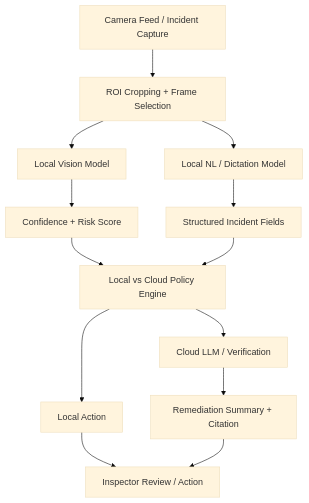
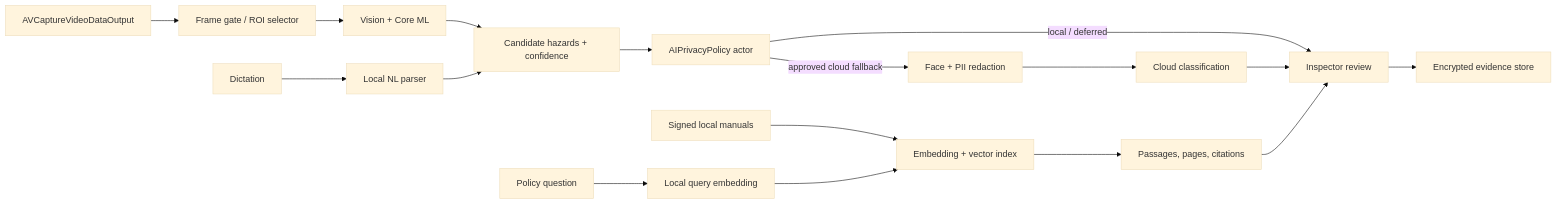
One commit to ArunIOS-ab/SentinelOps changed the first of 2 diagrams in DESIGN.md. Above: the diagram before and after it, drawn with Mermaid (base theme). The commit also changed other lines of this file and 35 other files, not shown here.

````diff
--- a/DESIGN.md
+++ b/DESIGN.md
@@ -9,15 +7,17 @@
 ```mermaid
-flowchart TD
-    Camera[Camera Feed / Incident Capture] --> ROI[ROI Cropping + Frame Selection]
-    ROI --> LocalModel[Local Vision Model]
-    ROI --> NLP[Local NL / Dictation Model]
-    LocalModel --> Score[Confidence + Risk Score]
-    NLP --> Struct[Structured Incident Fields]
-    Score --> Policy[Local vs Cloud Policy Engine]
-    Struct --> Policy
-    Policy --> Local[Local Action]
-    Policy --> Cloud[Cloud LLM / Verification]
-    Cloud --> Summary[Remediation Summary + Citation]
-    Local --> UI[Inspector Review / Action]
-    Summary --> UI
+flowchart LR
+  Camera[AVCaptureVideoDataOutput] --> Gate[Frame gate / ROI selector]
+  Gate --> Vision[Vision + Core ML]
+  Dictation[Dictation] --> NL[Local NL parser]
+  Vision --> Evidence[Candidate hazards + confidence]
+  NL --> Evidence
+  Evidence --> Policy[AIPrivacyPolicy actor]
+  Policy -->|local / deferred| Review[Inspector review]
+  Policy -->|approved cloud fallback| Redact[Face + PII redaction]
+  Redact --> Cloud[Cloud classification]
+  Cloud --> Review
+  Review --> Store[Encrypted evidence store]
+  Manuals[Signed local manuals] --> Index[Embedding + vector index]
+  Query[Policy question] --> Embed[Local query embedding] --> Index
+  Index --> Citations[Passages, pages, citations] --> Review
 ```
````
